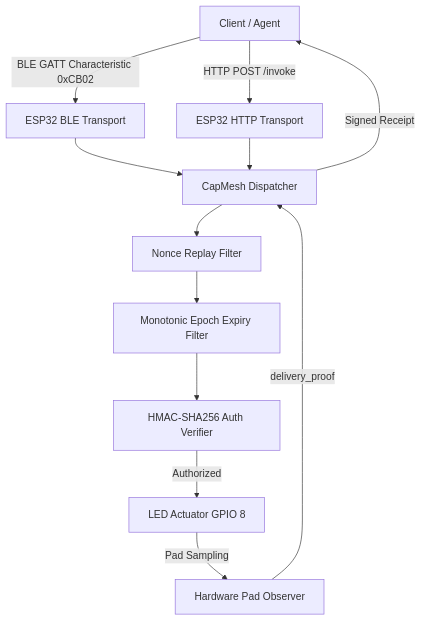
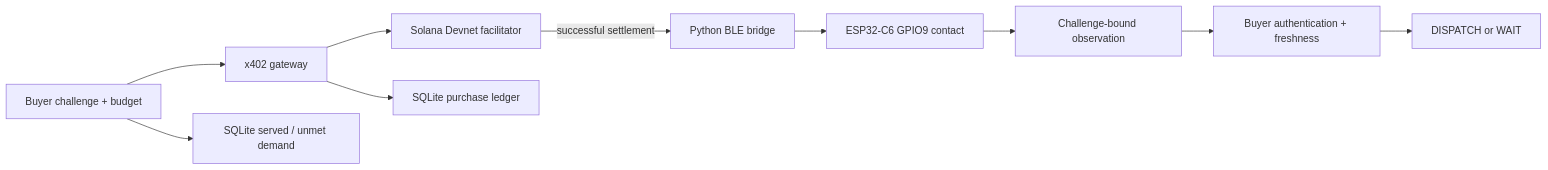
Before and after one commit to epicexcelsior/capmesh-poc: the diagram in docs/ARCHITECTURE.md, drawn with Mermaid. The commit also changed other lines of this file and 32 other files, not shown here.

Commit message:
feat: pivot to challenge-bound ESP32 physical observations

````diff
--- a/docs/ARCHITECTURE.md
+++ b/docs/ARCHITECTURE.md
@@ -62,14 +6,12 @@
 ```mermaid
-flowchart TD
-    Client[Client / Agent] -->|BLE GATT Characteristic 0xCB02| ESP_BLE[ESP32 BLE Transport]
-    Client -->|HTTP POST /invoke| ESP_HTTP[ESP32 HTTP Transport]
-    ESP_BLE --> Dispatcher[CapMesh Dispatcher]
-    ESP_HTTP --> Dispatcher
-    Dispatcher --> ReplayCheck[Nonce Replay Filter]
-    ReplayCheck --> ExpiryCheck[Monotonic Epoch Expiry Filter]
-    ExpiryCheck --> Auth[HMAC-SHA256 Auth Verifier]
-    Auth -->|Authorized| Actuator[LED Actuator GPIO 8]
-    Actuator -->|Pad Sampling| Observer[Hardware Pad Observer]
-    Observer -->|delivery_proof| Dispatcher
-    Dispatcher -->|Signed Receipt| Client
+flowchart LR
+    Buyer[Buyer challenge + budget] --> Gateway[x402 gateway]
+    Gateway --> Pay[Solana Devnet facilitator]
+    Pay -->|successful settlement| Bridge[Python BLE bridge]
+    Bridge --> Device[ESP32-C6 GPIO9 contact]
+    Device --> Receipt[Challenge-bound observation]
+    Receipt --> Verify[Buyer authentication + freshness]
+    Verify --> Decision[DISPATCH or WAIT]
+    Gateway --> Ledger[SQLite purchase ledger]
+    Buyer --> Demand[SQLite served / unmet demand]
 ```
````
